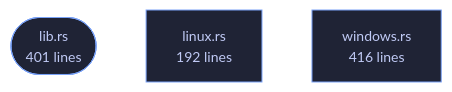
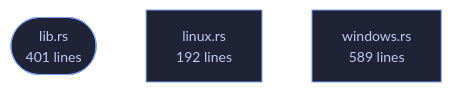
The diagram in wiki/Crate-veilvoice-watch.md (tilas01/veilvoice), drawn with Mermaid before and after one commit. The commit also changed other lines of this file and 66 other files, not shown here.

````diff
--- a/wiki/Crate-veilvoice-watch.md
+++ b/wiki/Crate-veilvoice-watch.md
@@ -49,10 +49,10 @@
 ```mermaid
 %%{init: {"theme":"base","themeVariables":{"background":"#1a1b26","primaryColor":"#1f2335","primaryTextColor":"#c0caf5","primaryBorderColor":"#7aa2f7","secondaryColor":"#16161e","tertiaryColor":"#16161e","lineColor":"#737aa2","textColor":"#c0caf5","mainBkg":"#1f2335","nodeBorder":"#7aa2f7","clusterBkg":"#16161e","clusterBorder":"#2f3549","fontFamily":"ui-monospace, SFMono-Regular, Consolas, monospace","fontSize":"14px"}}}%%
 flowchart TD
     n_lib(["lib.rs<br/>401 lines"])
     n_linux["linux.rs<br/>192 lines"]
-    n_windows["windows.rs<br/>416 lines"]
+    n_windows["windows.rs<br/>589 lines"]
     click n_lib href "https://github.com/tilas01/veilvoice/blob/main/crates/veilvoice-watch/src/lib.rs" "open the source"
     click n_linux href "https://github.com/tilas01/veilvoice/blob/main/crates/veilvoice-watch/src/linux.rs" "open the source"
     click n_windows href "https://github.com/tilas01/veilvoice/blob/main/crates/veilvoice-watch/src/windows.rs" "open the source"
 ```
````
